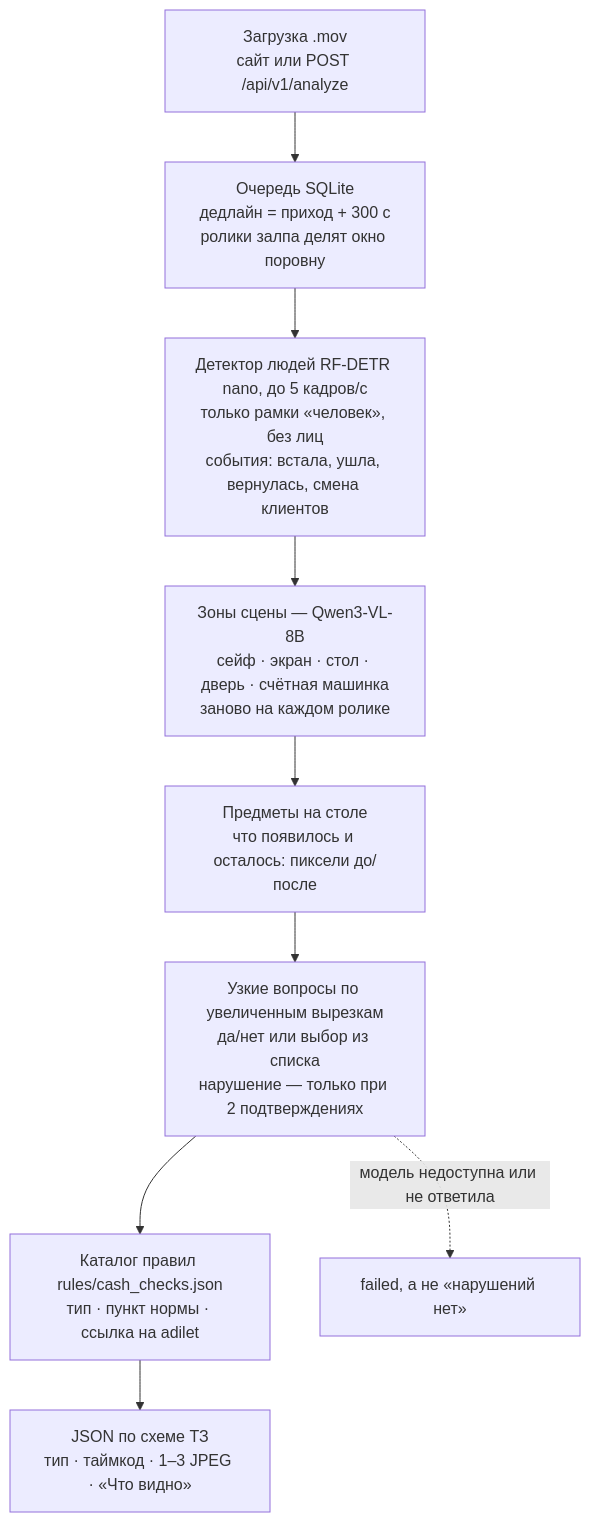
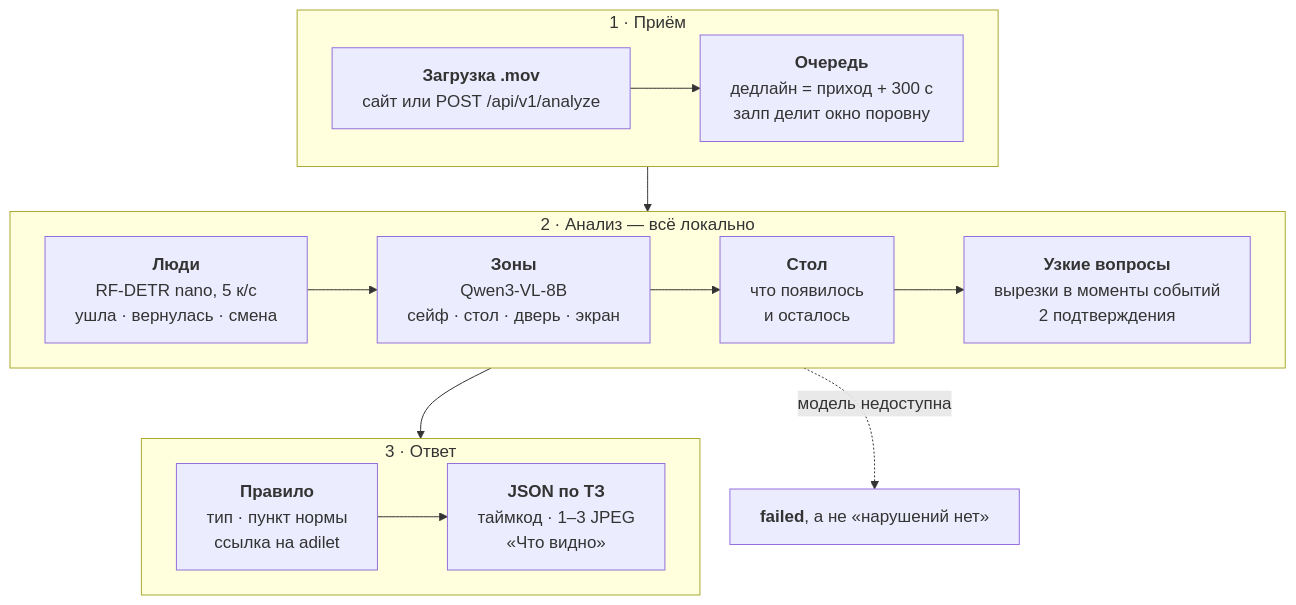
One commit to Oryntai/Team-name changed the diagram in README.md. Above: the diagram before and after it, drawn with Mermaid.

Commit message:
README: readable architecture diagram — three wide rows instead of a narrow column

````diff
--- a/README.md
+++ b/README.md
@@ -94,11 +94,18 @@
 ```mermaid
-flowchart TD
-  U["Загрузка .mov<br/>сайт или POST /api/v1/analyze"] --> Q["Очередь SQLite<br/>дедлайн = приход + 300 с<br/>ролики залпа делят окно поровну"]
-  Q --> D["Детектор людей RF-DETR nano, до 5 кадров/с<br/>только рамки «человек», без лиц<br/>события: встала, ушла, вернулась, смена клиентов"]
-  D --> Z["Зоны сцены — Qwen3-VL-8B<br/>сейф · экран · стол · дверь · счётная машинка<br/>заново на каждом ролике"]
-  Z --> S["Предметы на столе<br/>что появилось и осталось: пиксели до/после"]
-  S --> A["Узкие вопросы по увеличенным вырезкам<br/>да/нет или выбор из списка<br/>нарушение — только при 2 подтверждениях"]
-  A --> R["Каталог правил rules/cash_checks.json<br/>тип · пункт нормы · ссылка на adilet"]
-  R --> J["JSON по схеме ТЗ<br/>тип · таймкод · 1–3 JPEG · «Что видно»"]
-  A -. модель недоступна или не ответила .-> F["failed, а не «нарушений нет»"]
+%%{init: {"themeVariables": {"fontSize": "17px"}, "flowchart": {"nodeSpacing": 30, "rankSpacing": 45}}}%%
+flowchart TB
+  subgraph IN["&nbsp;1&nbsp;·&nbsp;Приём&nbsp;"]
+    direction LR
+    U["<b>Загрузка&nbsp;.mov</b><br/>сайт&nbsp;или&nbsp;POST&nbsp;/api/v1/analyze"] --> Q["<b>Очередь</b><br/>дедлайн&nbsp;=&nbsp;приход&nbsp;+&nbsp;300&nbsp;с<br/>залп&nbsp;делит&nbsp;окно&nbsp;поровну"]
+  end
+  subgraph AN["&nbsp;2&nbsp;·&nbsp;Анализ&nbsp;—&nbsp;всё&nbsp;локально&nbsp;"]
+    direction LR
+    D["<b>Люди</b><br/>RF-DETR&nbsp;nano,&nbsp;5&nbsp;к/с<br/>ушла&nbsp;·&nbsp;вернулась&nbsp;·&nbsp;смена"] --> Z["<b>Зоны</b><br/>Qwen3-VL-8B<br/>сейф&nbsp;·&nbsp;стол&nbsp;·&nbsp;дверь&nbsp;·&nbsp;экран"] --> S["<b>Стол</b><br/>что&nbsp;появилось<br/>и&nbsp;осталось"] --> A["<b>Узкие&nbsp;вопросы</b><br/>вырезки&nbsp;в&nbsp;моменты&nbsp;событий<br/>2&nbsp;подтверждения"]
+  end
+  subgraph OUT["&nbsp;3&nbsp;·&nbsp;Ответ&nbsp;"]
+    direction LR
+    R["<b>Правило</b><br/>тип&nbsp;·&nbsp;пункт&nbsp;нормы<br/>ссылка&nbsp;на&nbsp;adilet"] --> J["<b>JSON&nbsp;по&nbsp;ТЗ</b><br/>таймкод&nbsp;·&nbsp;1–3&nbsp;JPEG<br/>«Что&nbsp;видно»"]
+  end
+  IN --> AN --> OUT
+  AN -. "модель&nbsp;недоступна" .-> F["<b>failed</b>,&nbsp;а&nbsp;не&nbsp;«нарушений&nbsp;нет»"]
 ```
````
